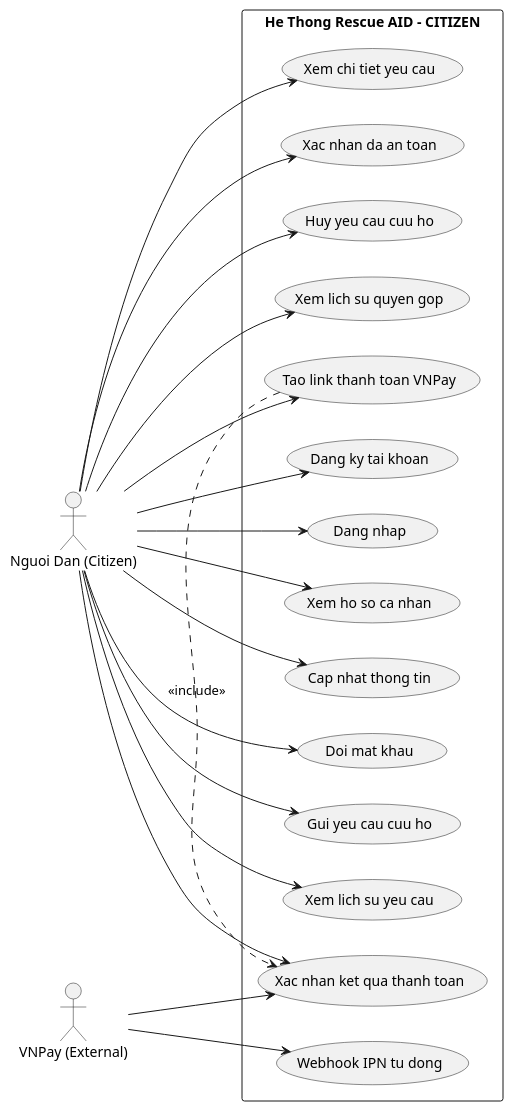
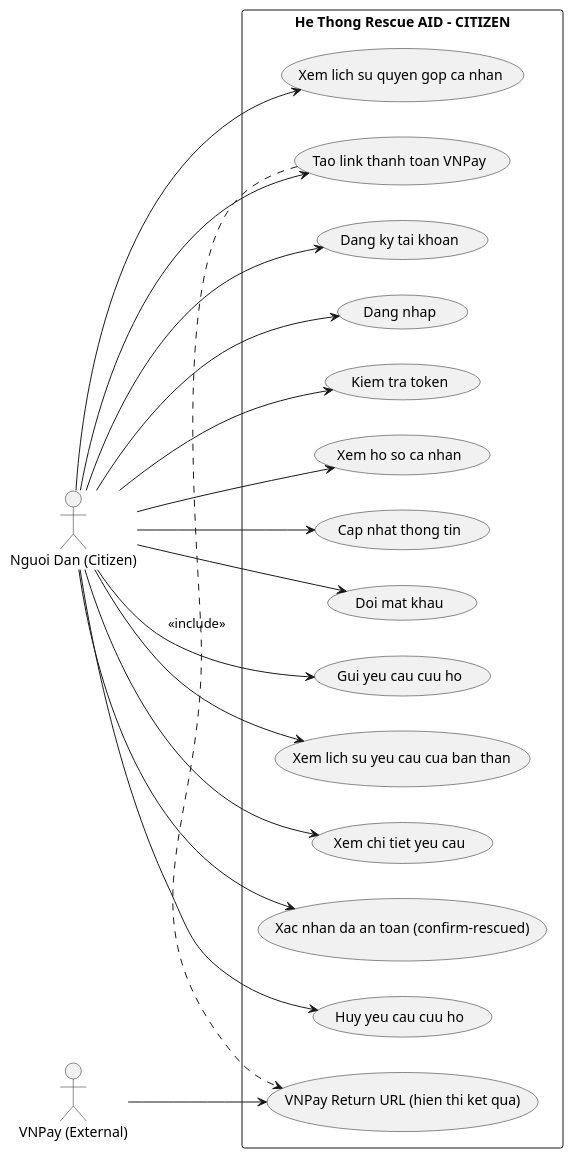
One commit to ngoctuanIT/recuse-backend changed the diagram in usecase-citizen.puml. Above: the diagram before and after it, drawn with PlantUML. The commit also changed 14 other files, not shown here.

```diff
--- a/usecase-citizen.puml
+++ b/usecase-citizen.puml
@@ -1,43 +1,42 @@
 @startuml
 left to right direction
 skinparam packageStyle rectangle
 
 actor "Nguoi Dan (Citizen)" as citizen
 actor "VNPay (External)" as vnpay
 
 rectangle "He Thong Rescue AID - CITIZEN" {
   usecase "Dang ky tai khoan" as UC1
   usecase "Dang nhap" as UC2
-  usecase "Xem ho so ca nhan" as UC3
-  usecase "Cap nhat thong tin" as UC4
-  usecase "Doi mat khau" as UC5
-  usecase "Gui yeu cau cuu ho" as UC6
-  usecase "Xem lich su yeu cau" as UC7
-  usecase "Xem chi tiet yeu cau" as UC8
-  usecase "Xac nhan da an toan" as UC9
-  usecase "Huy yeu cau cuu ho" as UC10
-  usecase "Tao link thanh toan VNPay" as UC11
-  usecase "Xem lich su quyen gop" as UC12
-  usecase "Xac nhan ket qua thanh toan" as UC13
-  usecase "Webhook IPN tu dong" as UC14
+  usecase "Kiem tra token" as UC3
+  usecase "Xem ho so ca nhan" as UC4
+  usecase "Cap nhat thong tin" as UC5
+  usecase "Doi mat khau" as UC6
+  usecase "Gui yeu cau cuu ho" as UC7
+  usecase "Xem lich su yeu cau cua ban than" as UC8
+  usecase "Xem chi tiet yeu cau" as UC9
+  usecase "Xac nhan da an toan (confirm-rescued)" as UC10
+  usecase "Huy yeu cau cuu ho" as UC11
+  usecase "Tao link thanh toan VNPay" as UC12
+  usecase "Xem lich su quyen gop ca nhan" as UC13
+  usecase "VNPay Return URL (hien thi ket qua)" as UC14
 }
 
 citizen --> UC1
 citizen --> UC2
 citizen --> UC3
 citizen --> UC4
 citizen --> UC5
 citizen --> UC6
 citizen --> UC7
 citizen --> UC8
 citizen --> UC9
 citizen --> UC10
 citizen --> UC11
 citizen --> UC12
 citizen --> UC13
 
-vnpay --> UC13
 vnpay --> UC14
 
-UC11 .> UC13 : <<include>>
+UC12 .> UC14 : <<include>>
 @enduml
```
